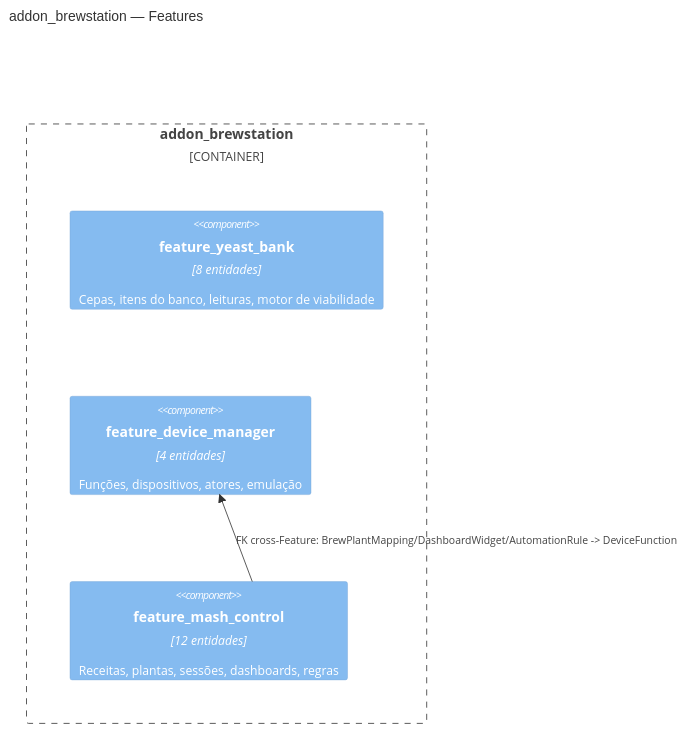
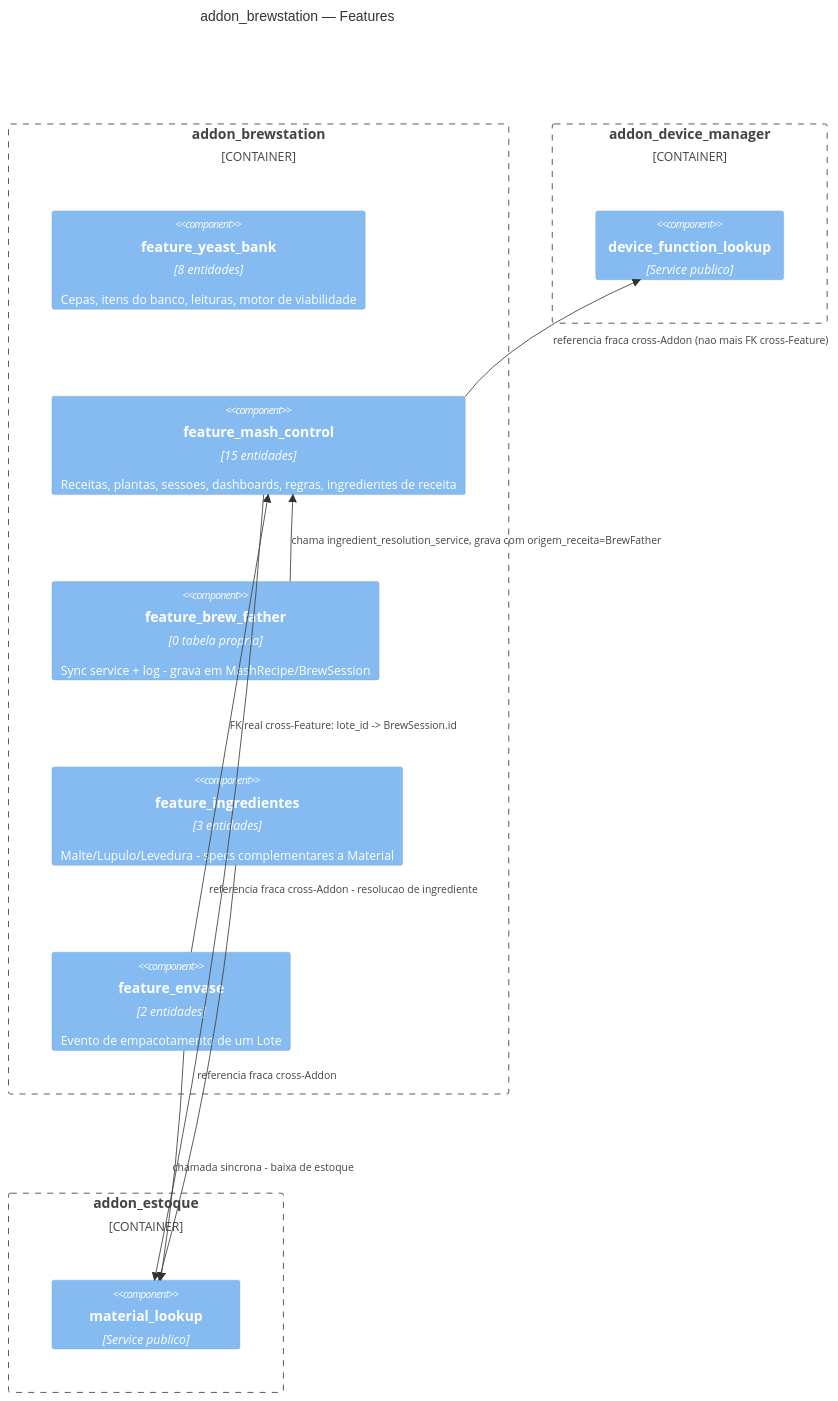
The diagram in addons/addon_brewstation/docs/technical/02-diagrama-c4.md (ChristopherNicolasSMM/Tesseract), drawn with Mermaid before and after one commit. The commit also changed other lines of this file and 35 other files, not shown here.

First line of the commit message:
docs: addon_estoque design + brewstation manifest/docs sync

````diff
--- a/addons/addon_brewstation/docs/technical/02-diagrama-c4.md
+++ b/addons/addon_brewstation/docs/technical/02-diagrama-c4.md
@@ -3,12 +3,26 @@
 ```mermaid
 C4Component
     title addon_brewstation — Features
 
     Container_Boundary(brewstation, "addon_brewstation") {
         Component(yeastbank, "feature_yeast_bank", "8 entidades", "Cepas, itens do banco, leituras, motor de viabilidade")
-        Component(devicemanager, "feature_device_manager", "4 entidades", "Funções, dispositivos, atores, emulação")
-        Component(mashcontrol, "feature_mash_control", "12 entidades", "Receitas, plantas, sessões, dashboards, regras")
+        Component(mashcontrol, "feature_mash_control", "15 entidades", "Receitas, plantas, sessoes, dashboards, regras, ingredientes de receita")
+        Component(brewfather, "feature_brew_father", "0 tabela propria", "Sync service + log - grava em MashRecipe/BrewSession")
+        Component(ingredientes, "feature_ingredientes", "3 entidades", "Malte/Lupulo/Levedura - specs complementares a Material")
+        Component(envase, "feature_envase", "2 entidades", "Evento de empacotamento de um Lote")
     }
 
-    Rel(mashcontrol, devicemanager, "FK cross-Feature: BrewPlantMapping/DashboardWidget/AutomationRule -> DeviceFunction")
+    Container_Boundary(devicemanager_ext, "addon_device_manager") {
+        Component(devicefunc_lookup, "device_function_lookup", "Service publico")
+    }
+    Container_Boundary(estoque_ext, "addon_estoque") {
+        Component(material_lookup, "material_lookup", "Service publico")
+    }
+
+    Rel(envase, mashcontrol, "FK real cross-Feature: lote_id -> BrewSession.id")
+    Rel(brewfather, mashcontrol, "chama ingredient_resolution_service, grava com origem_receita=BrewFather")
+    Rel(mashcontrol, devicefunc_lookup, "referencia fraca cross-Addon (nao mais FK cross-Feature)")
+    Rel(mashcontrol, material_lookup, "referencia fraca cross-Addon - resolucao de ingrediente")
+    Rel(ingredientes, material_lookup, "referencia fraca cross-Addon")
+    Rel(envase, material_lookup, "chamada sincrona - baixa de estoque")
 ```
````
